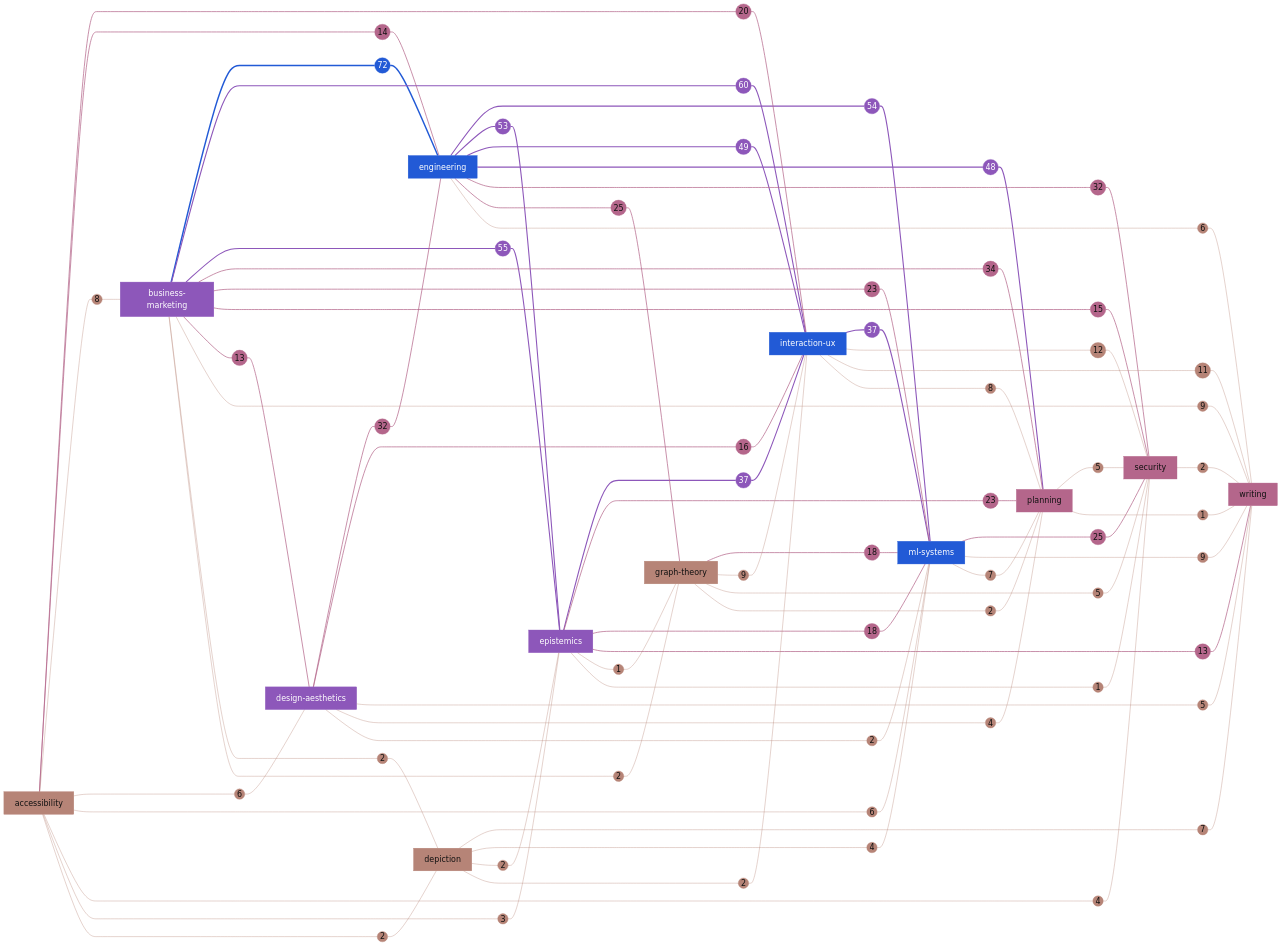
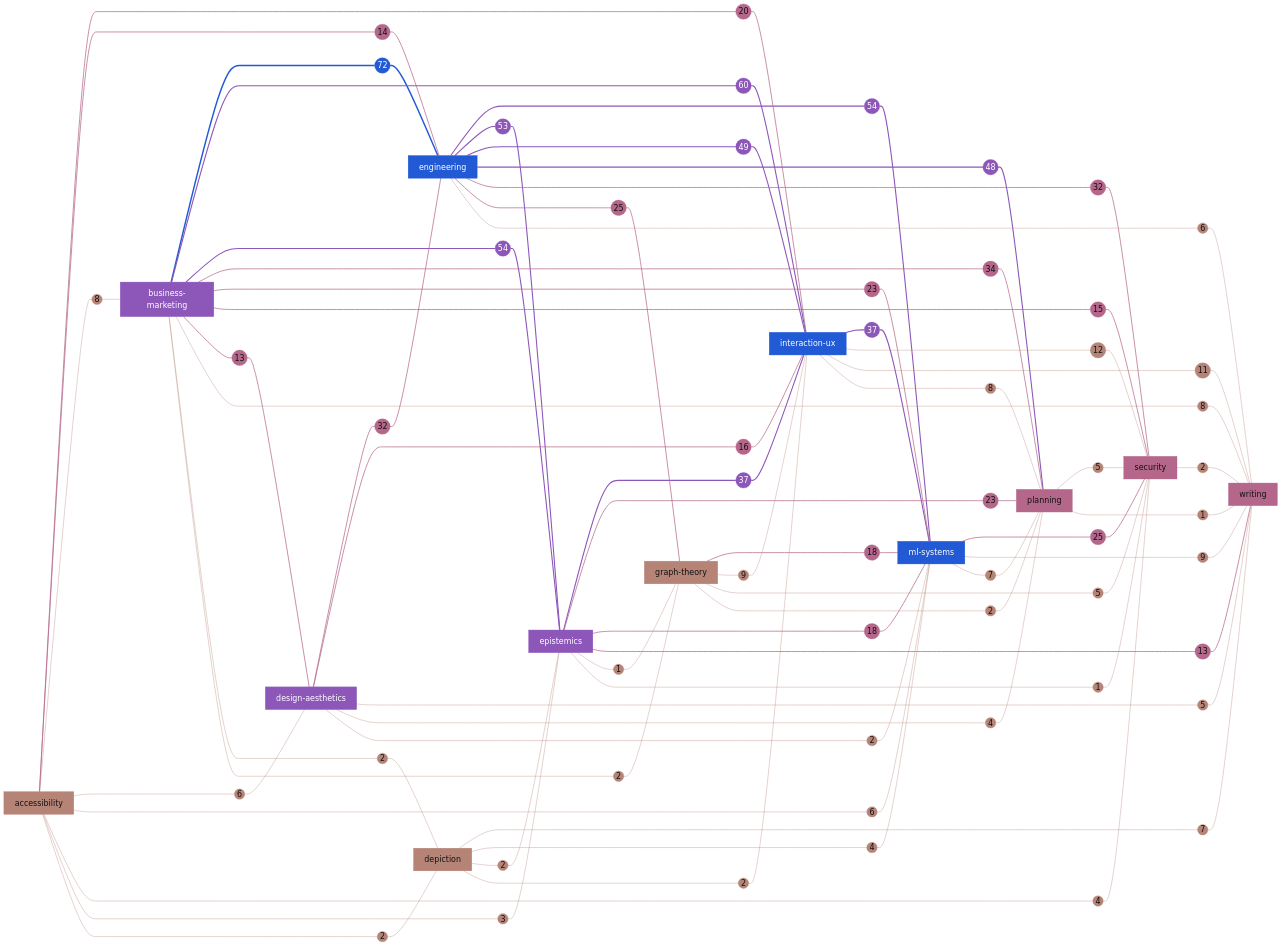
Before and after one commit to darce/heuristics-canon: the first of 2 diagrams in GRAPH.md, drawn with Mermaid. The commit also changed other lines of this file and 5 other files, not shown here.

```diff
--- a/GRAPH.md
+++ b/GRAPH.md
@@ -40,7 +40,7 @@
   W_business_marketing__engineering --- engineering
   business_marketing --- W_business_marketing__interaction_ux((60))
   W_business_marketing__interaction_ux --- interaction_ux
-  business_marketing --- W_business_marketing__epistemics((55))
+  business_marketing --- W_business_marketing__epistemics((54))
   W_business_marketing__epistemics --- epistemics
   engineering --- W_engineering__ml_systems((54))
   W_engineering__ml_systems --- ml_systems
@@ -88,14 +88,14 @@
   W_interaction_ux__security --- security
   interaction_ux --- W_interaction_ux__writing((11))
   W_interaction_ux__writing --- writing
-  business_marketing --- W_business_marketing__writing((9))
-  W_business_marketing__writing --- writing
   graph_theory --- W_graph_theory__interaction_ux((9))
   W_graph_theory__interaction_ux --- interaction_ux
   ml_systems --- W_ml_systems__writing((9))
   W_ml_systems__writing --- writing
   accessibility --- W_accessibility__business_marketing((8))
   W_accessibility__business_marketing --- business_marketing
+  business_marketing --- W_business_marketing__writing((8))
+  W_business_marketing__writing --- writing
   interaction_ux --- W_interaction_ux__planning((8))
   W_interaction_ux__planning --- planning
   depiction --- W_depiction__writing((7))
@@ -148,7 +148,7 @@
   classDef seq_1 fill:#B4668B,color:#111111,stroke:#B4668B
   classDef seq_2 fill:#8D57BA,color:#FFFFFF,stroke:#8D57BA
   classDef seq_3 fill:#225AD6,color:#FFFFFF,stroke:#225AD6
-  class accessibility,depiction,graph_theory,W_interaction_ux__security,W_interaction_ux__writing,W_business_marketing__writing,W_graph_theory__interaction_ux,W_ml_systems__writing,W_accessibility__business_marketing,W_interaction_ux__planning,W_depiction__writing,W_ml_systems__planning,W_accessibility__design_aesthetics,W_accessibility__ml_systems,W_engineering__writing,W_design_aesthetics__writing,W_graph_theory__security,W_planning__security,W_accessibility__security,W_depiction__ml_systems,W_design_aesthetics__planning,W_accessibility__epistemics,W_accessibility__depiction,W_business_marketing__depiction,W_business_marketing__graph_theory,W_depiction__epistemics,W_depiction__interaction_ux,W_design_aesthetics__ml_systems,W_graph_theory__planning,W_security__writing,W_epistemics__graph_theory,W_epistemics__security,W_planning__writing seq_0
+  class accessibility,depiction,graph_theory,W_interaction_ux__security,W_interaction_ux__writing,W_graph_theory__interaction_ux,W_ml_systems__writing,W_accessibility__business_marketing,W_business_marketing__writing,W_interaction_ux__planning,W_depiction__writing,W_ml_systems__planning,W_accessibility__design_aesthetics,W_accessibility__ml_systems,W_engineering__writing,W_design_aesthetics__writing,W_graph_theory__security,W_planning__security,W_accessibility__security,W_depiction__ml_systems,W_design_aesthetics__planning,W_accessibility__epistemics,W_accessibility__depiction,W_business_marketing__depiction,W_business_marketing__graph_theory,W_depiction__epistemics,W_depiction__interaction_ux,W_design_aesthetics__ml_systems,W_graph_theory__planning,W_security__writing,W_epistemics__graph_theory,W_epistemics__security,W_planning__writing seq_0
   class planning,security,writing,W_business_marketing__planning,W_design_aesthetics__engineering,W_engineering__security,W_engineering__graph_theory,W_ml_systems__security,W_business_marketing__ml_systems,W_epistemics__planning,W_accessibility__interaction_ux,W_epistemics__ml_systems,W_graph_theory__ml_systems,W_design_aesthetics__interaction_ux,W_business_marketing__security,W_accessibility__engineering,W_business_marketing__design_aesthetics,W_epistemics__writing seq_1
   class business_marketing,design_aesthetics,epistemics,W_business_marketing__interaction_ux,W_business_marketing__epistemics,W_engineering__ml_systems,W_engineering__epistemics,W_engineering__interaction_ux,W_engineering__planning,W_epistemics__interaction_ux,W_interaction_ux__ml_systems seq_2
   class engineering,interaction_ux,ml_systems,W_business_marketing__engineering seq_3
```
